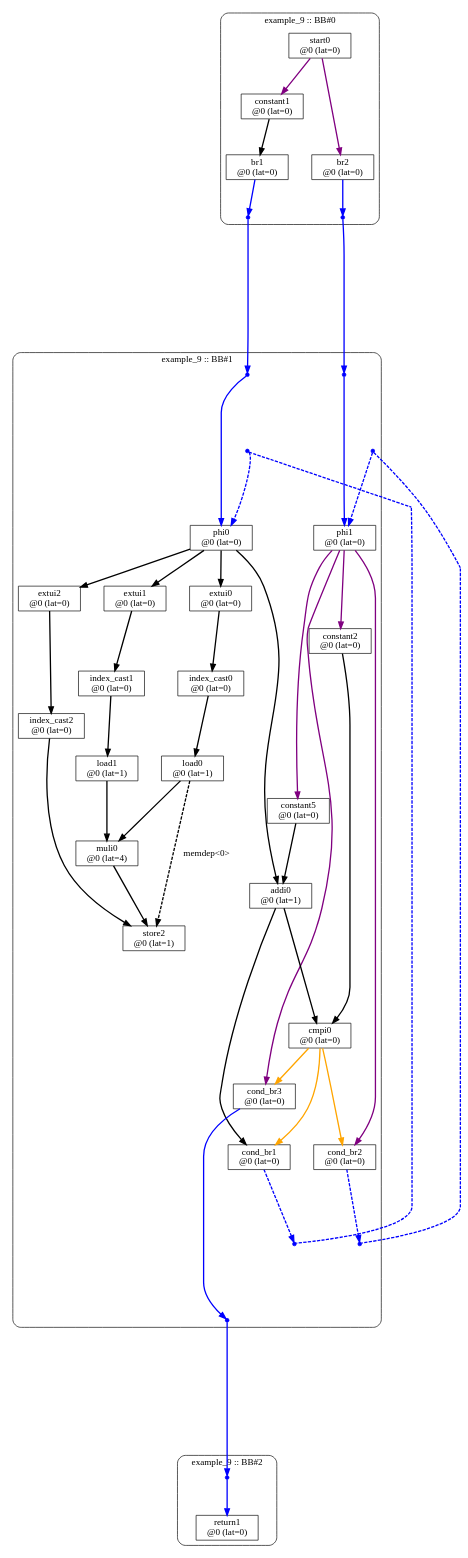
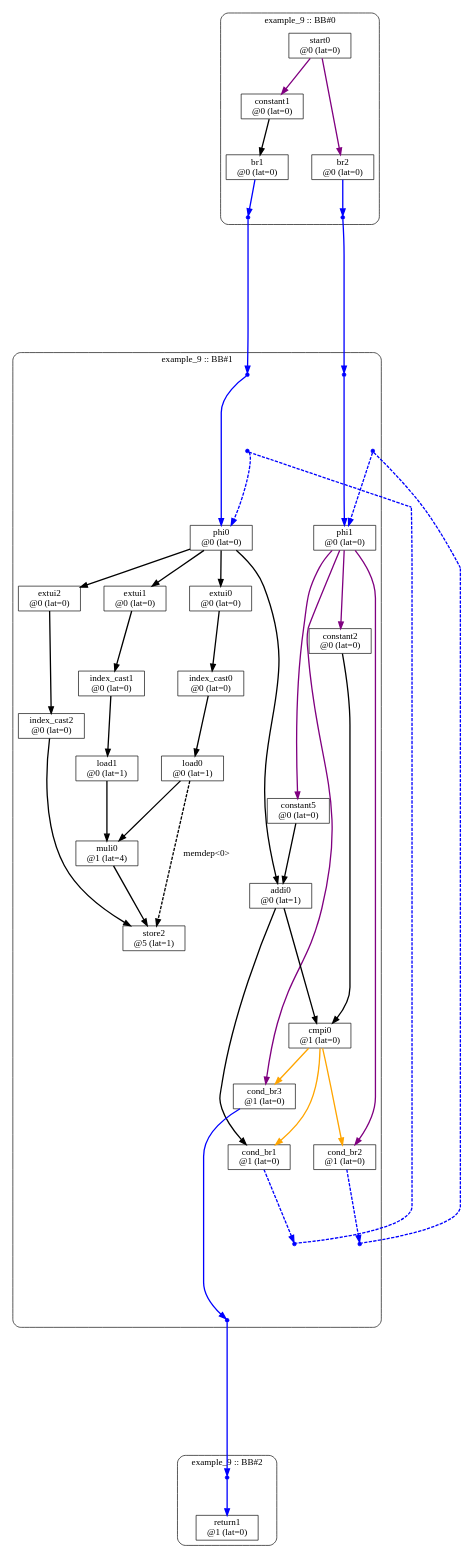
Before and after one commit to alecrav/sdc-project1-spring2026: the diagram in static-examples/example_9/out/comp/static-scheduling/static-scheduling-asap.dot, drawn with Graphviz. The commit also changed 135 other files, not shown here.

```diff
--- a/static-examples/example_9/out/comp/static-scheduling/static-scheduling-asap.dot
+++ b/static-examples/example_9/out/comp/static-scheduling/static-scheduling-asap.dot
@@ -1,121 +1,121 @@
 digraph ScheduledGraph {
   newrank=true;
   nodesep=0.5;
   ranksep=0.75;
   node [shape=box];
   edge [penwidth=2];
 
   subgraph cluster_example_9_bb0 {
     label="example_9 :: BB#0";
     style=rounded;
 
 
     start0 [label="start0\n@0 (lat=0)"];
     constant1 [label="constant1\n@0 (lat=0)"];
     br1 [label="br1\n@0 (lat=0)"];
     br2 [label="br2\n@0 (lat=0)"];
     {rank=same; br1; br2;}
     {rank=max; dot_1 [shape=point, width=0.08, color=blue]; dot_3 [shape=point, width=0.08, color=blue];}
 
   }
 
   start0 -> constant1 [color=purple];
   constant1 -> br1;
   start0 -> br2 [color=purple];
 
   subgraph cluster_example_9_bb1 {
     label="example_9 :: BB#1";
     style=rounded;
 
     phi0 [label="phi0\n@0 (lat=0)"];
     phi1 [label="phi1\n@0 (lat=0)"];
     constant2 [label="constant2\n@0 (lat=0)"];
     constant5 [label="constant5\n@0 (lat=0)"];
     extui0 [label="extui0\n@0 (lat=0)"];
     index_cast0 [label="index_cast0\n@0 (lat=0)"];
     load0 [label="load0\n@0 (lat=1)"];
     extui1 [label="extui1\n@0 (lat=0)"];
     index_cast1 [label="index_cast1\n@0 (lat=0)"];
     load1 [label="load1\n@0 (lat=1)"];
-    muli0 [label="muli0\n@0 (lat=4)"];
+    muli0 [label="muli0\n@1 (lat=4)"];
     extui2 [label="extui2\n@0 (lat=0)"];
     index_cast2 [label="index_cast2\n@0 (lat=0)"];
-    store2 [label="store2\n@0 (lat=1)"];
+    store2 [label="store2\n@5 (lat=1)"];
     addi0 [label="addi0\n@0 (lat=1)"];
-    cmpi0 [label="cmpi0\n@0 (lat=0)"];
-    cond_br1 [label="cond_br1\n@0 (lat=0)"];
-    cond_br2 [label="cond_br2\n@0 (lat=0)"];
-    cond_br3 [label="cond_br3\n@0 (lat=0)"];
+    cmpi0 [label="cmpi0\n@1 (lat=0)"];
+    cond_br1 [label="cond_br1\n@1 (lat=0)"];
+    cond_br2 [label="cond_br2\n@1 (lat=0)"];
+    cond_br3 [label="cond_br3\n@1 (lat=0)"];
     {rank=min; dot_0 [shape=point, width=0.08, color=blue]; dot_2 [shape=point, width=0.08, color=blue];}
     {rank=same; dot_6 [shape=point, width=0.08, color=blue]; dot_9 [shape=point, width=0.08, color=blue];}
     dot_0 -> dot_6 [style=invis, minlen=2];
     {rank=same; phi0; phi1;}
     dot_6 -> phi0 [style=invis, minlen=2];
     {rank=same; cond_br3;}
     {rank=same; cond_br1; cond_br2;}
     store2 -> cond_br3 [style=invis, minlen=3];
     cond_br3 -> cond_br2 [style=invis];
     cond_br2 -> dot_7 [style=invis, minlen=2];
     {rank=same; dot_7 [shape=point, width=0.08, color=blue]; dot_10 [shape=point, width=0.08, color=blue];}
     {rank=max; dot_5 [shape=point, width=0.08, color=blue];}
     dot_7 -> dot_5 [style=invis, minlen=2];
 
   }
 
   phi1 -> constant2 [color=purple];
   phi1 -> constant5 [color=purple];
   phi0 -> extui0;
   extui0 -> index_cast0;
   index_cast0 -> load0;
   phi0 -> extui1;
   extui1 -> index_cast1;
   index_cast1 -> load1;
   load0 -> muli0;
   load1 -> muli0;
   phi0 -> extui2;
   extui2 -> index_cast2;
   muli0 -> store2;
   index_cast2 -> store2;
   phi0 -> addi0;
   constant5 -> addi0;
   addi0 -> cmpi0;
   constant2 -> cmpi0;
   cmpi0 -> cond_br1 [color=orange];
   addi0 -> cond_br1;
   cmpi0 -> cond_br2 [color=orange];
   phi1 -> cond_br2 [color=purple];
   cmpi0 -> cond_br3 [color=orange];
   phi1 -> cond_br3 [color=purple];
   load0 -> store2 [label="memdep<0>", style=dashed];
 
   subgraph cluster_example_9_bb2 {
     label="example_9 :: BB#2";
     style=rounded;
 
-    return1 [label="return1\n@0 (lat=0)"];
+    return1 [label="return1\n@1 (lat=0)"];
     {rank=min; dot_4 [shape=point, width=0.08, color=blue];}
 
   }
 
 
   dot_8 [shape=point, width=0, height=0, style=invis];
   dot_11 [shape=point, width=0, height=0, style=invis];
   br1 -> dot_1 [color=blue];
   dot_1 -> dot_0 [color=blue, minlen=4];
   dot_0 -> phi0 [color=blue];
   br2 -> dot_3 [color=blue];
   dot_3 -> dot_2 [color=blue, minlen=4];
   dot_2 -> phi1 [color=blue];
   cond_br3 -> dot_5 [color=blue];
   dot_5 -> dot_4 [color=blue, minlen=4];
   dot_4 -> return1 [color=blue];
   cond_br1 -> dot_7 [color=blue, style=dashed];
   dot_8 -> dot_7 [color=blue, style=dashed, arrowhead=none];
   dot_6 -> dot_8 [color=blue, style=dashed, arrowhead=none];
   dot_6 -> phi0 [color=blue, style=dashed];
   cond_br2 -> dot_10 [color=blue, style=dashed];
   dot_11 -> dot_10 [color=blue, style=dashed, arrowhead=none];
   dot_9 -> dot_11 [color=blue, style=dashed, arrowhead=none];
   dot_9 -> phi1 [color=blue, style=dashed];
 
 }
```
